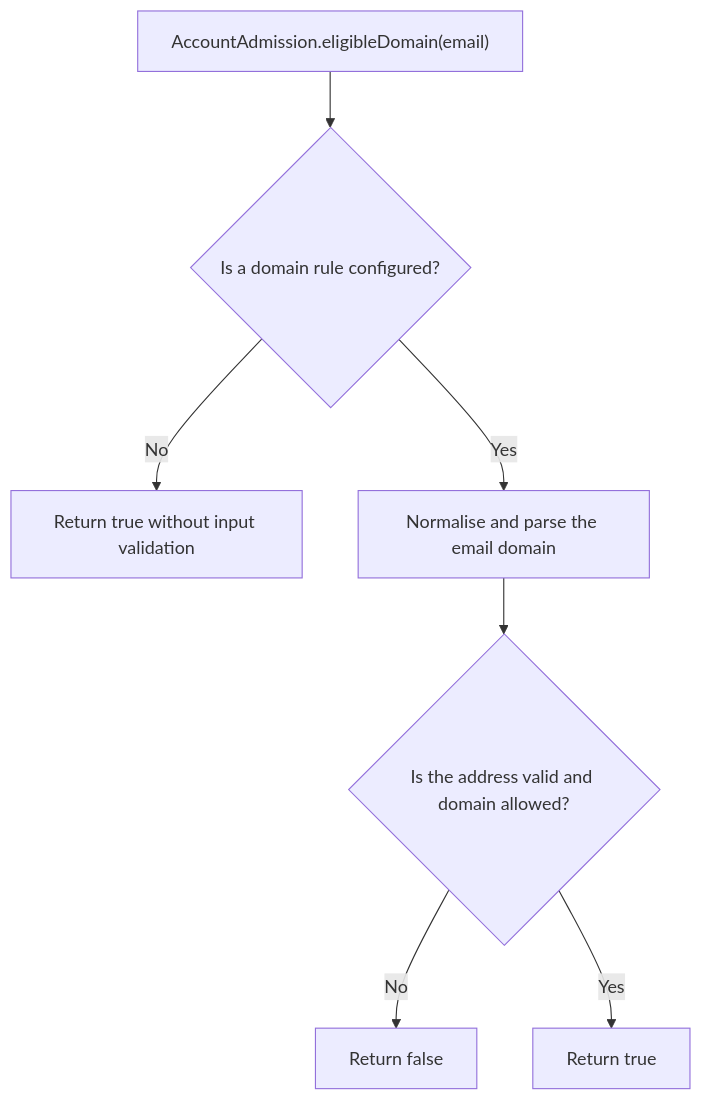
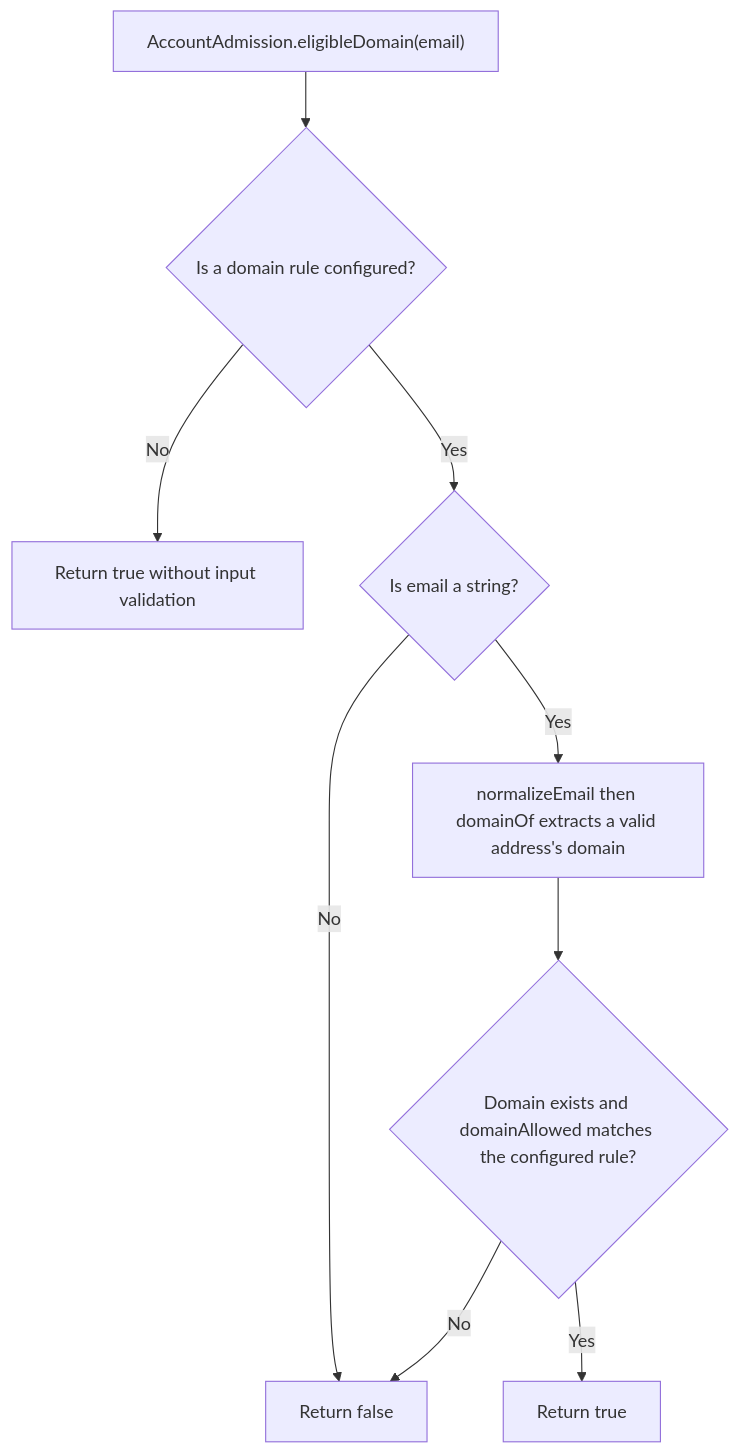
The second of 2 diagrams in user-stories/US-ACCOUNT-58-check-domain-eligibility.md (Kevinjohn/oss-adonisjs-account-kit), drawn with Mermaid before and after one commit. The commit also changed other lines of this file and 70 other files, not shown here.

````diff
--- a/user-stories/US-ACCOUNT-58-check-domain-eligibility.md
+++ b/user-stories/US-ACCOUNT-58-check-domain-eligibility.md
@@ -31,9 +31,11 @@
 ```mermaid
 flowchart TD
  A["AccountAdmission.eligibleDomain(email)"] --> B{"Is a domain rule configured?"}
  B -->|No| C["Return true without input validation"]
- B -->|Yes| D["Normalise and parse the email domain"]
- D --> E{"Is the address valid and domain allowed?"}
- E -->|No| F["Return false"]
- E -->|Yes| G["Return true"]
+ B -->|Yes| D{"Is email a string?"}
+ D -->|No| F["Return false"]
+ D -->|Yes| E["normalizeEmail then domainOf extracts a valid address's domain"]
+ E --> H{"Domain exists and domainAllowed matches the configured rule?"}
+ H -->|No| F
+ H -->|Yes| G["Return true"]
 ```
````
